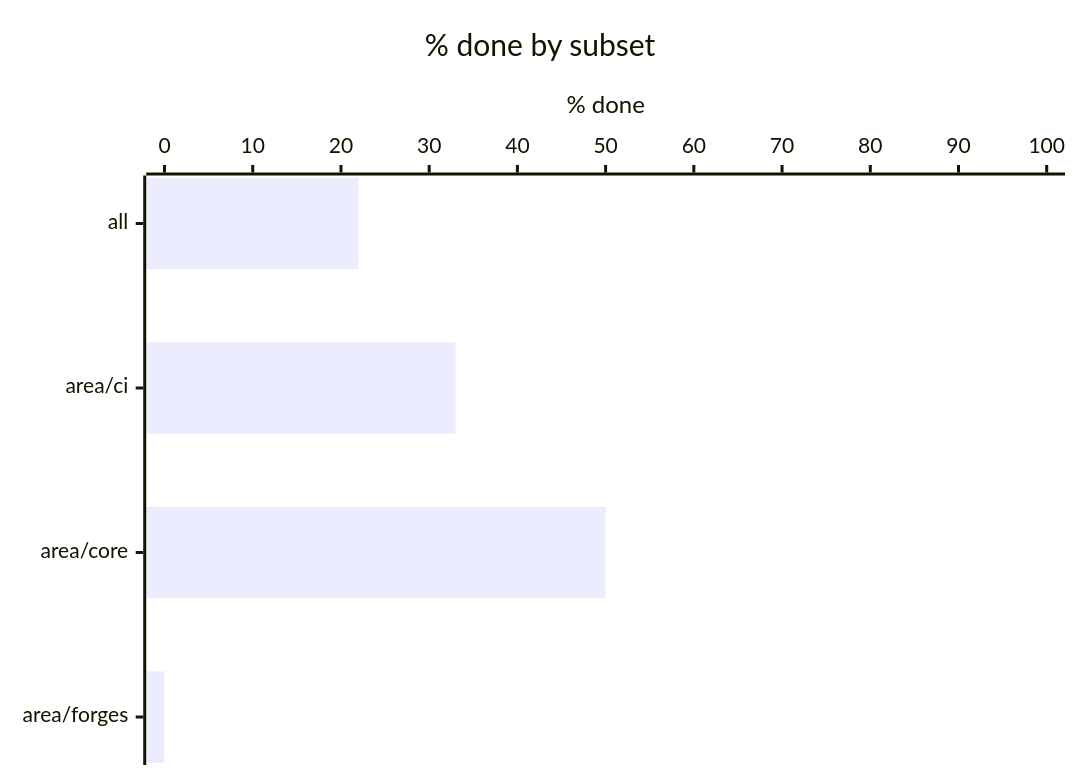
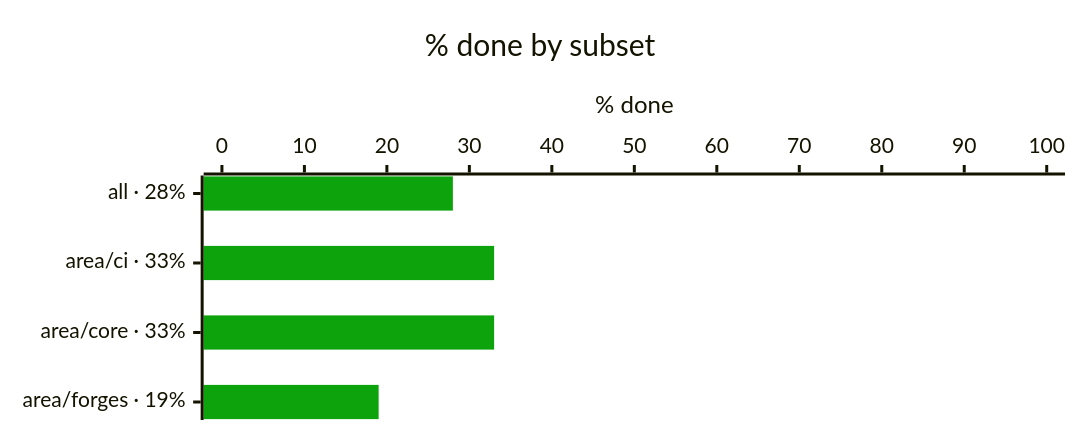
Before and after one commit to bvraghav/pmtrack: the first of 4 diagrams in progress/README.md, drawn with Mermaid. The commit also changed other lines of this file and 7 other files, not shown here.

````diff
--- a/progress/README.md
+++ b/progress/README.md
@@ -5,7 +5,8 @@
 ```mermaid
+%%{init: {"themeVariables": {"xyChart": {"plotColorPalette": "#0ca30c"}}, "xyChart": {"height": 270}}}%%
 xychart-beta horizontal
   title "% done by subset"
-  x-axis ["all", "area/ci", "area/core", "area/forges"]
+  x-axis ["all · 28%", "area/ci · 33%", "area/core · 33%", "area/forges · 19%"]
   y-axis "% done" 0 --> 100
-  bar [22, 33, 50, 0]
+  bar [28, 33, 33, 19]
 ```
````
